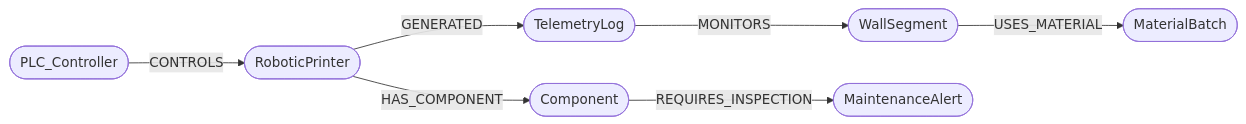
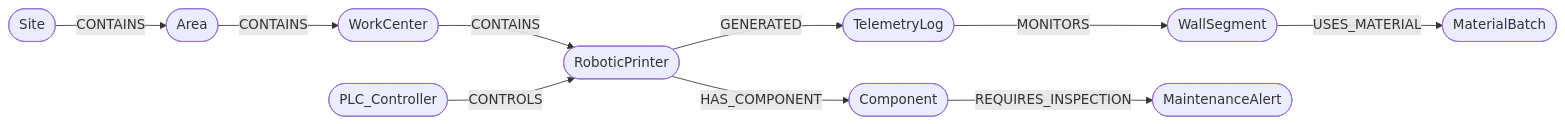
The diagram in docs/graph-schema.md (Thembelitchi/BioPrint-Automation-Suite), drawn with Mermaid before and after one commit. The commit also changed other lines of this file and 41 other files, not shown here.

````diff
--- a/docs/graph-schema.md
+++ b/docs/graph-schema.md
@@ -9,9 +15,12 @@
 ```mermaid
 graph LR
-    PLC(["PLC_Controller"]) -- CONTROLS --> P(["RoboticPrinter"])
+    S(["Site"]) -- CONTAINS --> AR(["Area"])
+    AR -- CONTAINS --> WC(["WorkCenter"])
+    WC -- CONTAINS --> P(["RoboticPrinter"])
+    PLC(["PLC_Controller"]) -- CONTROLS --> P
     P -- HAS_COMPONENT --> C(["Component"])
     P -- GENERATED --> T(["TelemetryLog"])
     T -- MONITORS --> W(["WallSegment"])
     W -- USES_MATERIAL --> M(["MaterialBatch"])
     C -- REQUIRES_INSPECTION --> A(["MaintenanceAlert"])
 ```
````
